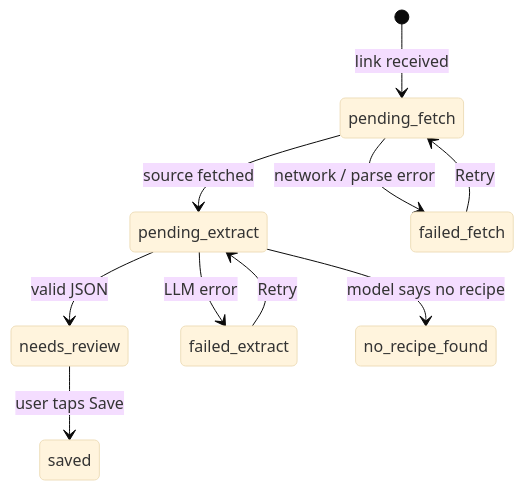
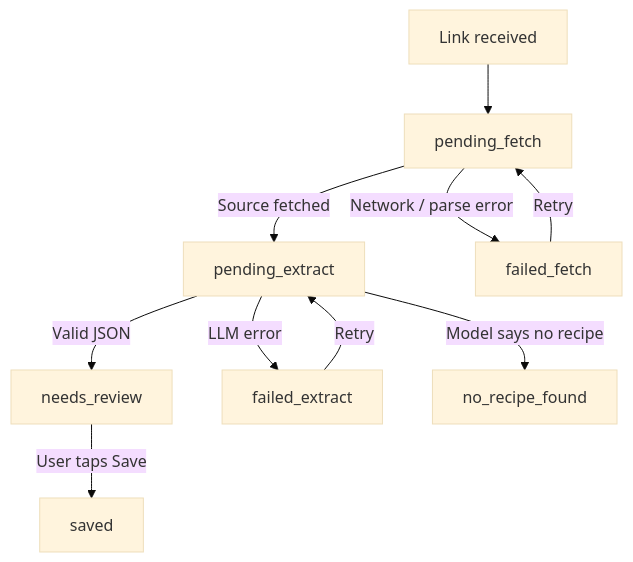
Before and after one commit to inthevortex/recipe-catcher: the first of 5 diagrams in README.md, drawn with Mermaid (base theme). The commit also changed other lines of this file, not shown here.

Commit message:
docs: update README for web and YouTube capture, backup/restore, and fix capture diagram

````diff
--- a/README.md
+++ b/README.md
@@ -69,12 +69,12 @@
 ```mermaid
-stateDiagram-v2
-  [*] --> pending_fetch: link received
-  pending_fetch --> pending_extract: source fetched
-  pending_fetch --> failed_fetch: network / parse error
-  pending_extract --> needs_review: valid JSON
-  pending_extract --> failed_extract: LLM error
-  pending_extract --> no_recipe_found: model says no recipe
-  needs_review --> saved: user taps Save
-  failed_fetch --> pending_fetch: Retry
-  failed_extract --> pending_extract: Retry
+flowchart TD
+  A["Link received"] --> B["pending_fetch"]
+  B -->|"Source fetched"| C["pending_extract"]
+  B -->|"Network / parse error"| D["failed_fetch"]
+  C -->|"Valid JSON"| E["needs_review"]
+  C -->|"LLM error"| F["failed_extract"]
+  C -->|"Model says no recipe"| G["no_recipe_found"]
+  E -->|"User taps Save"| H["saved"]
+  D -->|"Retry"| B
+  F -->|"Retry"| C
 ```
````
